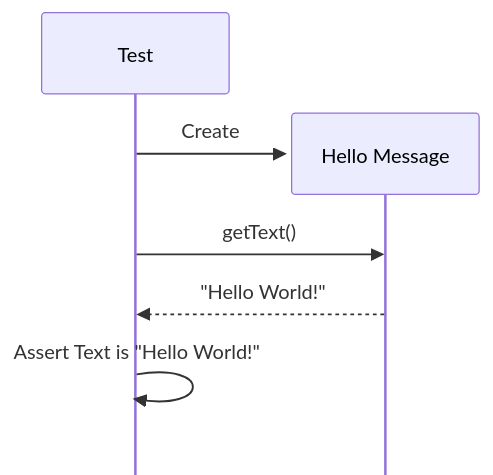
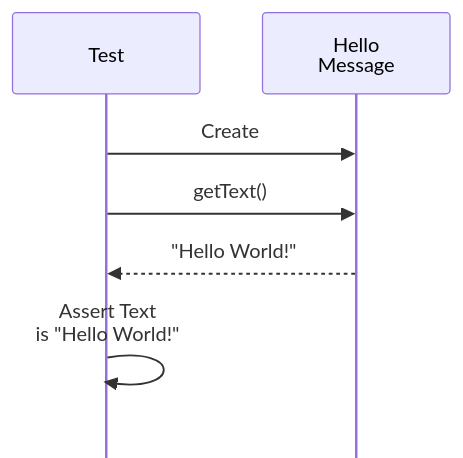
The second of 3 diagrams in README.md (rogervinas/tests-everywhere), drawn with Mermaid before and after one commit. The commit also changed other lines of this file, not shown here.

````diff
--- a/README.md
+++ b/README.md
@@ -22,10 +22,10 @@
 ```mermaid
 %%{ init: { "sequence": { "mirrorActors": false } } }%%
 sequenceDiagram
   participant Test
-  create participant HelloMessage as Hello Message
+  participant HelloMessage as Hello<br>Message
   Test ->> HelloMessage: Create
   Test ->> HelloMessage: getText()
   HelloMessage -->> Test: "Hello World!"
-  Test ->> Test: Assert Text is "Hello World!"
+  Test ->> Test: Assert Text<br>is "Hello World!"
 ```
````
